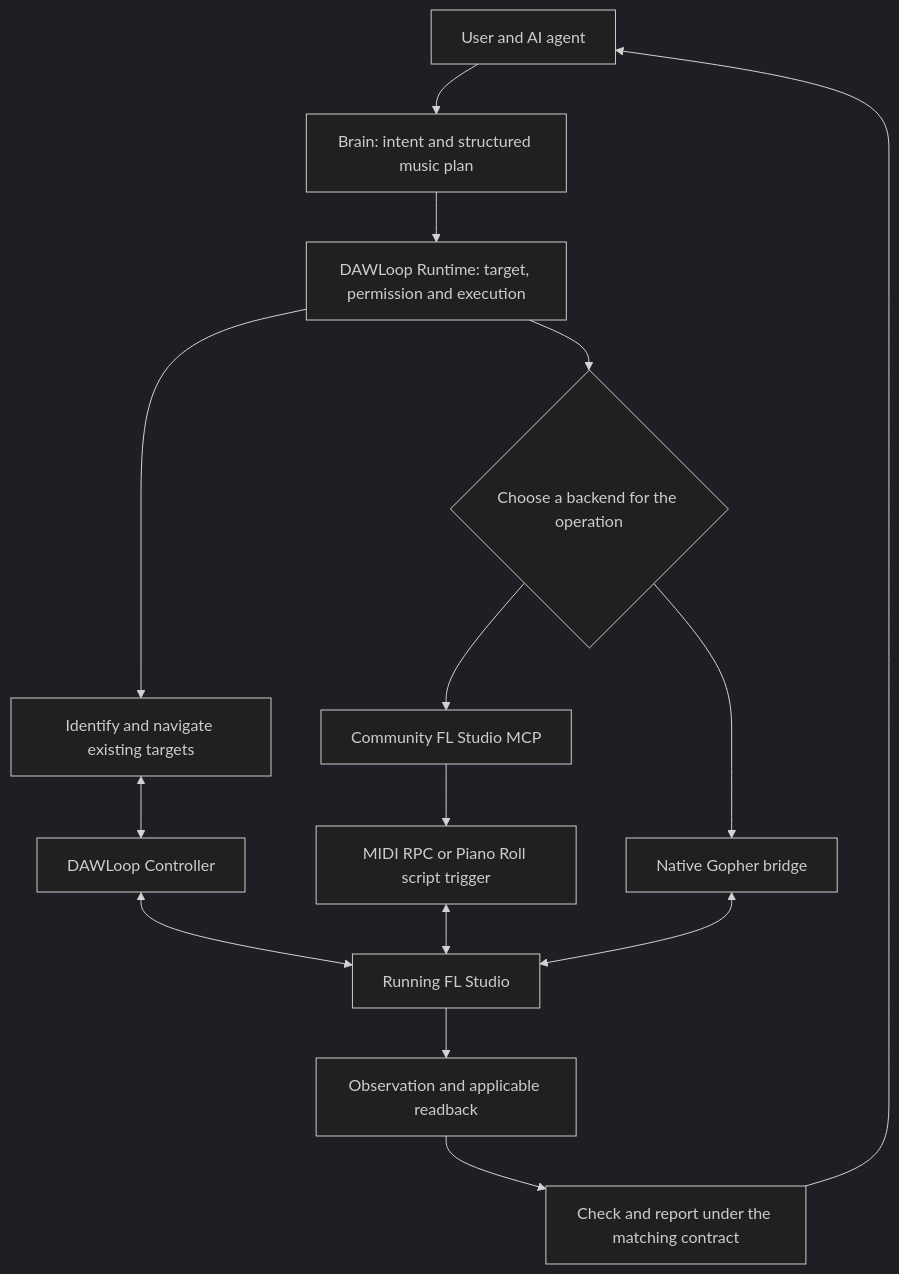
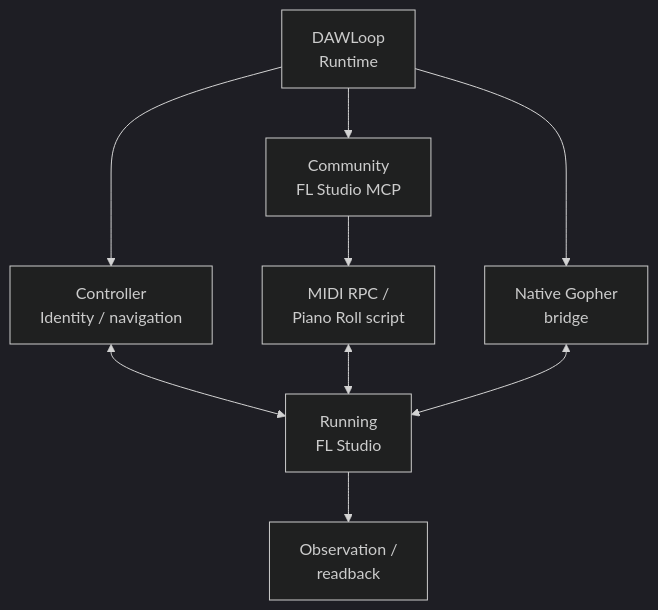
The third of 5 diagrams in README.en.md (ryurikoneko/DAWLoop), drawn with Mermaid (dark theme) before and after one commit. The commit also changed other lines of this file and 12 other files, not shown here.

````diff
--- a/README.en.md
+++ b/README.en.md
@@ -95,17 +92,11 @@
 ```mermaid
 flowchart TD
-    U[User and AI agent] --> P[Brain: intent and structured music plan]
-    P --> R[DAWLoop Runtime: target, permission and execution]
-    R --> T[Identify and navigate existing targets]
-    T <--> C[DAWLoop Controller]
-    C <--> FL[Running FL Studio]
-    R --> E{Choose a backend for the operation}
-    E --> M[Community FL Studio MCP]
-    M --> CM[MIDI RPC or Piano Roll script trigger]
-    CM <--> FL
-    E --> N[Native Gopher bridge]
-    N <--> FL
-    FL --> O[Observation and applicable readback]
-    O --> V[Check and report under the matching contract]
-    V --> U
+    R[DAWLoop<br/>Runtime] --> C[Controller<br/>Identity / navigation]
+    C <--> F[Running<br/>FL Studio]
+    R --> M[Community<br/>FL Studio MCP]
+    M --> T[MIDI RPC /<br/>Piano Roll script]
+    T <--> F
+    R --> N[Native Gopher<br/>bridge]
+    N <--> F
+    F --> O[Observation /<br/>readback]
 ```
````
